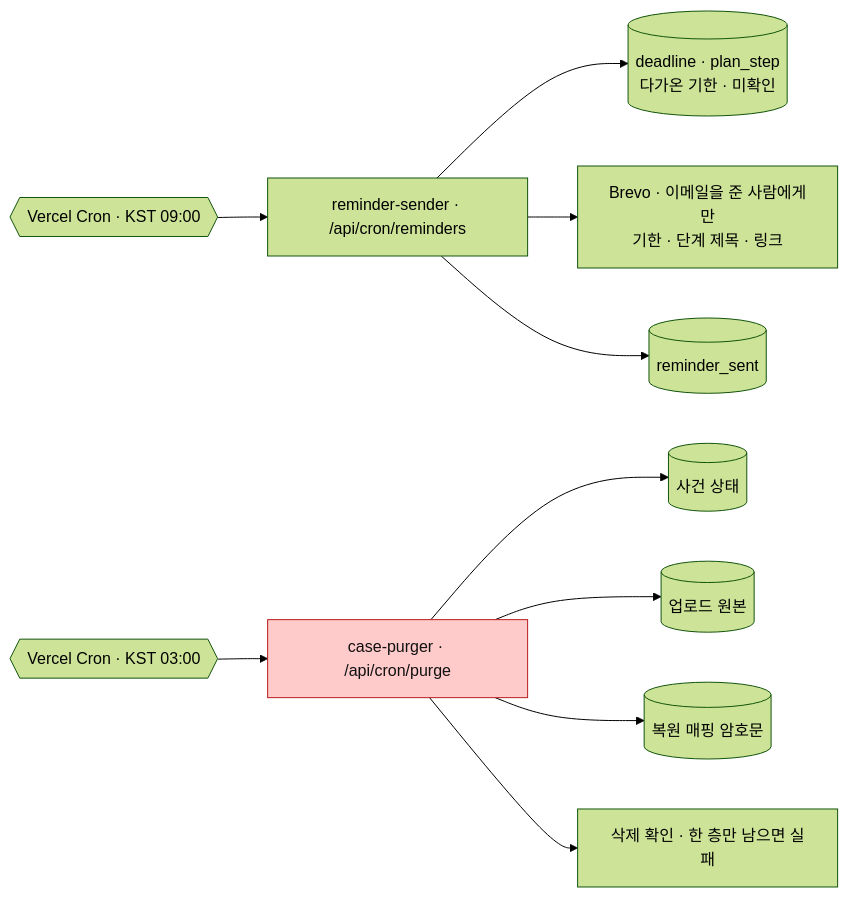
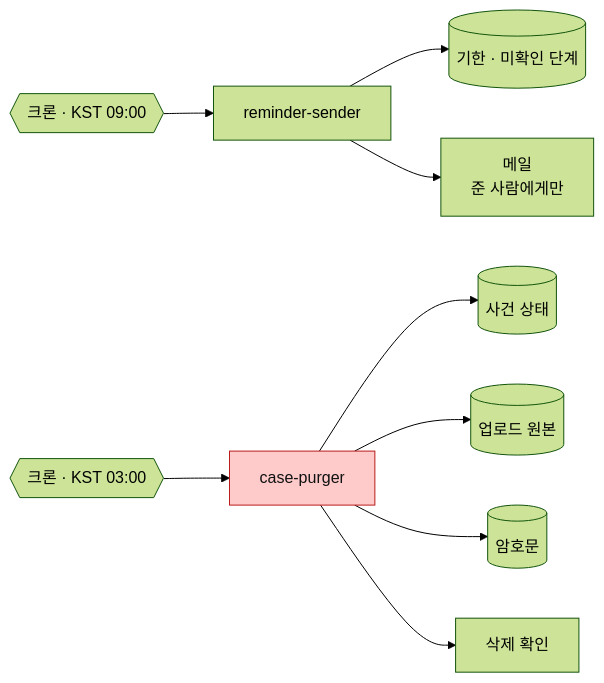
The seventh of 10 diagrams in ARCHITECTURE.md (Dojaegyum/fsec-ai-challenge), drawn with Mermaid (forest theme) before and after one commit. The commit also changed other lines of this file and 4 other files, not shown here.

First line of the commit message:
ARCHITECTURE.md 그림을 뷰어에서 안 잘리게 다시 그리고, ADR 번호를 그림·본문에서 걷어 절 끝 「근거」로 모으고, 환경·시크릿 절을 없앤다

````diff
--- a/ARCHITECTURE.md
+++ b/ARCHITECTURE.md
@@ -336,16 +283,15 @@
 ```mermaid
 flowchart LR
-    CRON2{{"Vercel Cron · KST 09:00"}} --> RS["reminder-sender · /api/cron/reminders"]
-    CRON3{{"Vercel Cron · KST 03:00"}} --> CP["case-purger · /api/cron/purge"]
+    C1{{"크론 · KST 09:00"}} --> RS["reminder-sender"]
+    C2{{"크론 · KST 03:00"}} --> CP["case-purger"]
 
-    RS --> DL[("deadline · plan_step<br/>다가온 기한 · 미확인")]
-    RS --> MAIL["Brevo · 이메일을 준 사람에게만<br/>기한 · 단계 제목 · 링크"]
-    RS --> SENT[("reminder_sent")]
+    RS --> DL[("기한 · 미확인 단계")]
+    RS --> MAIL["메일<br/>준 사람에게만"]
 
     CP --> PG[("사건 상태")]
     CP --> BLOB[("업로드 원본")]
-    CP --> KV[("복원 매핑 암호문")]
-    CP --> VERIFY["삭제 확인 · 한 층만 남으면 실패"]
+    CP --> KV[("암호문")]
+    CP --> VF["삭제 확인"]
 
     style CP fill:#fecaca,stroke:#b91c1c,color:#111
 ```
````
